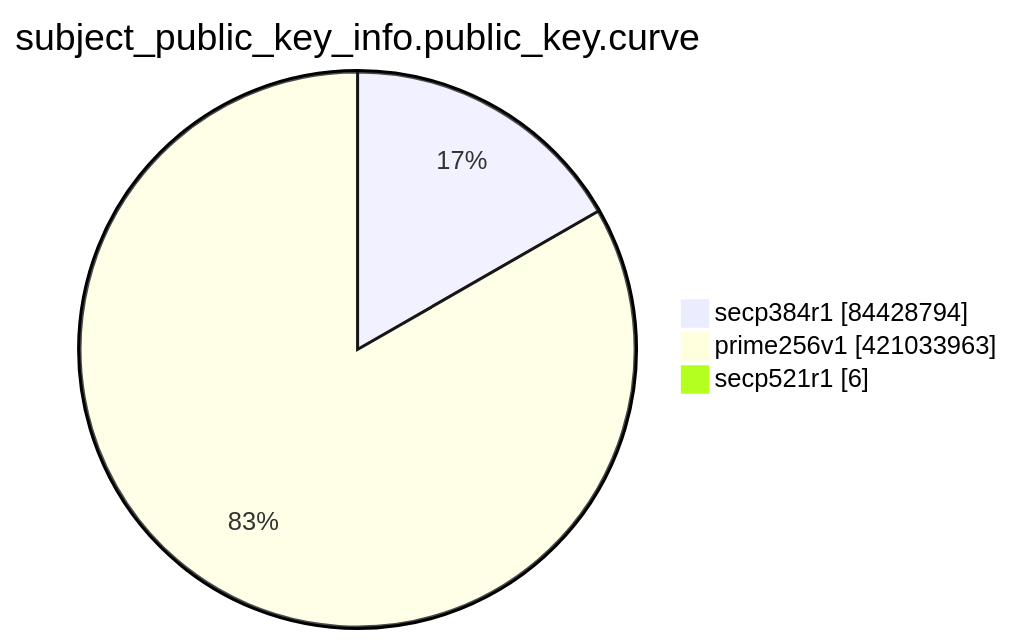
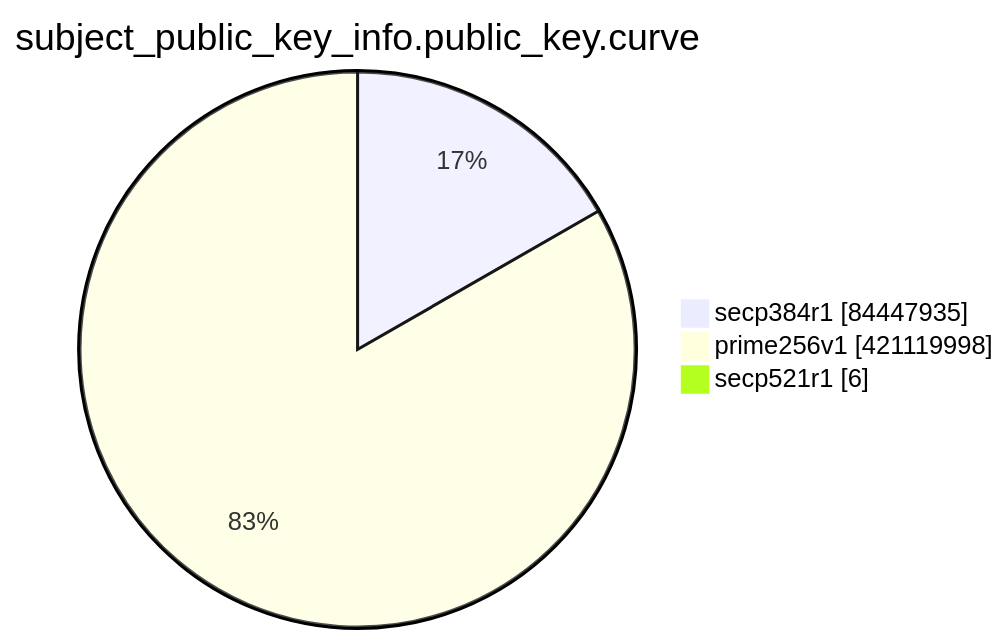
One commit to christiankrug/ctmonitor_visualization changed the eighth of 15 diagrams in TOTAL/README.md. Above: the diagram before and after it, drawn with Mermaid. The commit also changed other lines of this file, not shown here.

````diff
--- a/TOTAL/README.md
+++ b/TOTAL/README.md
@@ -3099,7 +3099,7 @@
 ```mermaid
 pie showData
 title subject_public_key_info.public_key.curve
-"secp384r1" :84428794
-"prime256v1" :421033963
+"secp384r1" :84447935
+"prime256v1" :421119998
 "secp521r1" :6
 ```
````
